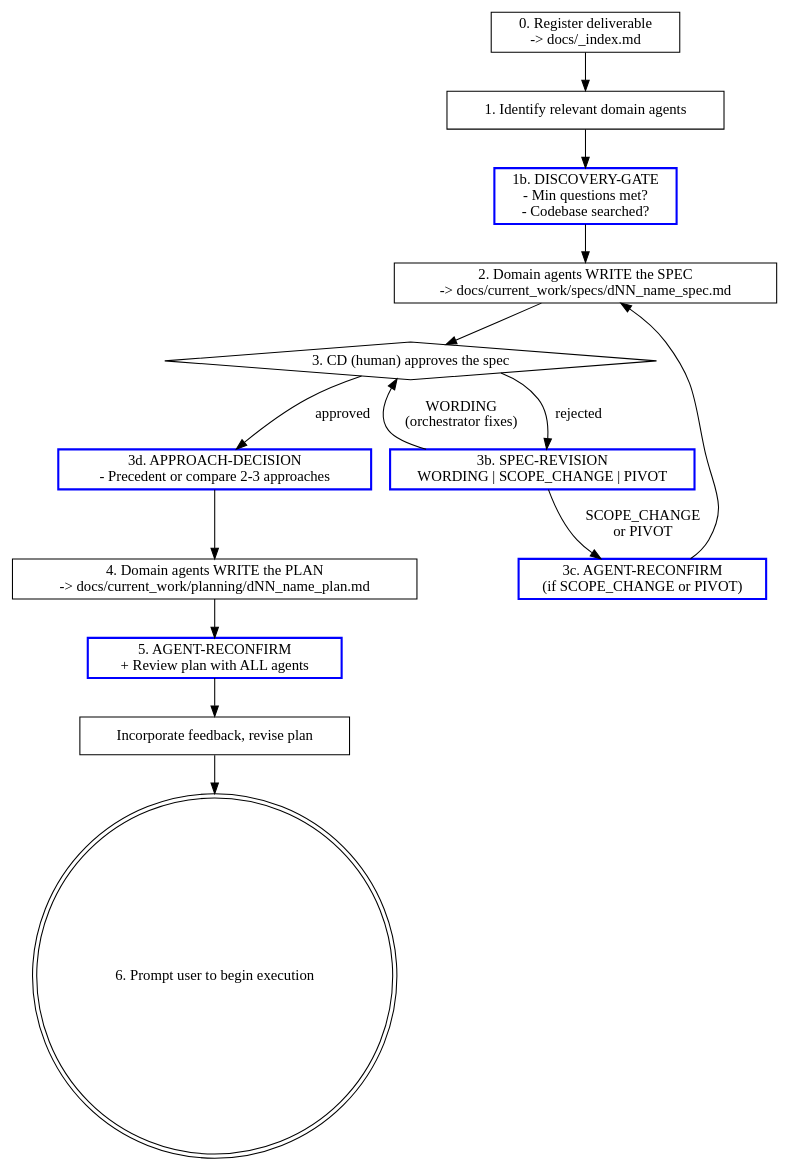
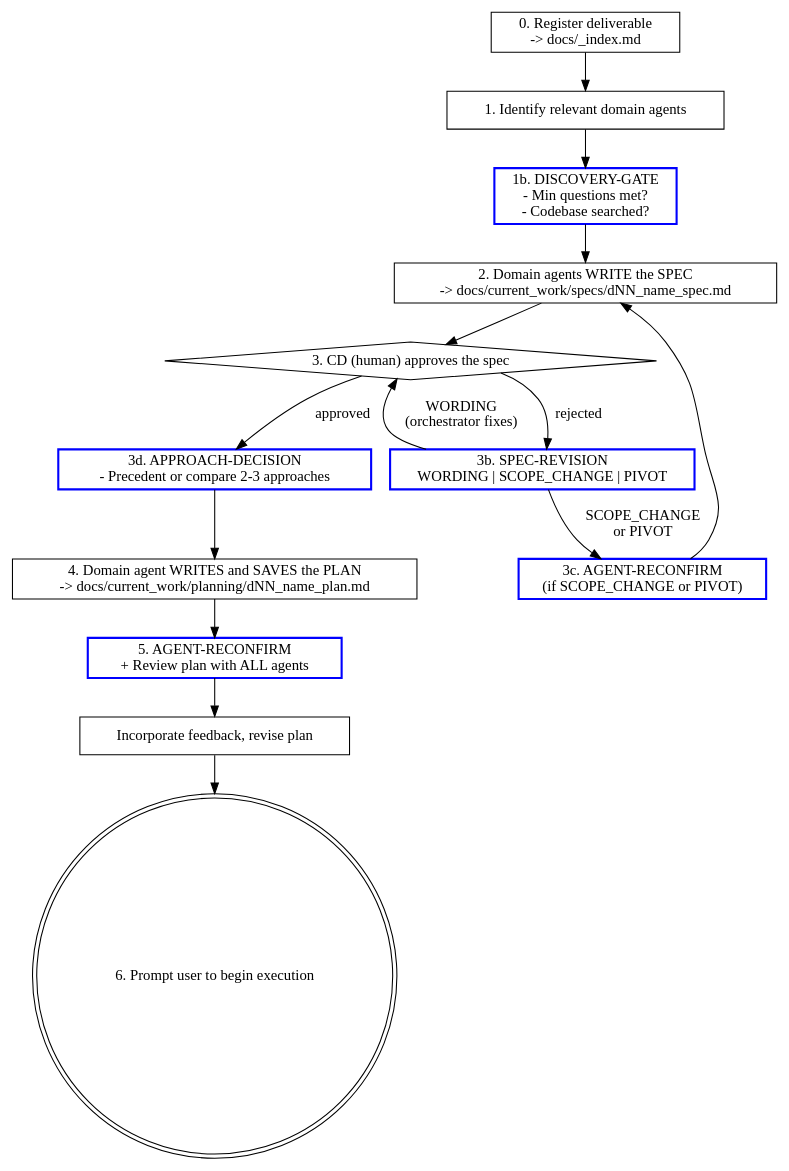
Before and after one commit to Inpacchi/cc-sdlc: the diagram in skills/sdlc-plan/SKILL.md, drawn with Graphviz. The commit also changed other lines of this file and 2 other files, not shown here.

First line of the commit message:
fix(skills): writing worker agents save plan files directly [manager-rule]

````diff
--- a/skills/sdlc-plan/SKILL.md
+++ b/skills/sdlc-plan/SKILL.md
@@ -107,32 +107,32 @@
 ```dot
 digraph planning {
     rankdir=TB;
 
     "0. Register deliverable\n-> docs/_index.md" [shape=box];
     "1. Identify relevant domain agents" [shape=box];
     "1b. DISCOVERY-GATE\n- Min questions met?\n- Codebase searched?" [shape=box, style=bold, color=blue];
     "2. Domain agents WRITE the SPEC\n-> docs/current_work/specs/dNN_name_spec.md" [shape=box];
     "3. CD (human) approves the spec" [shape=diamond];
     "3b. SPEC-REVISION\nWORDING | SCOPE_CHANGE | PIVOT" [shape=box, style=bold, color=blue];
     "3c. AGENT-RECONFIRM\n(if SCOPE_CHANGE or PIVOT)" [shape=box, style=bold, color=blue];
     "3d. APPROACH-DECISION\n- Precedent or compare 2-3 approaches" [shape=box, style=bold, color=blue];
-    "4. Domain agents WRITE the PLAN\n-> docs/current_work/planning/dNN_name_plan.md" [shape=box];
+    "4. Domain agent WRITES and SAVES the PLAN\n-> docs/current_work/planning/dNN_name_plan.md" [shape=box];
     "5. AGENT-RECONFIRM\n+ Review plan with ALL agents" [shape=box, style=bold, color=blue];
     "Incorporate feedback, revise plan" [shape=box];
     "6. Prompt user to begin execution" [shape=doublecircle];
 
     "0. Register deliverable\n-> docs/_index.md" -> "1. Identify relevant domain agents";
     "1. Identify relevant domain agents" -> "1b. DISCOVERY-GATE\n- Min questions met?\n- Codebase searched?";
     "1b. DISCOVERY-GATE\n- Min questions met?\n- Codebase searched?" -> "2. Domain agents WRITE the SPEC\n-> docs/current_work/specs/dNN_name_spec.md";
     "2. Domain agents WRITE the SPEC\n-> docs/current_work/specs/dNN_name_spec.md" -> "3. CD (human) approves the spec";
     "3. CD (human) approves the spec" -> "3b. SPEC-REVISION\nWORDING | SCOPE_CHANGE | PIVOT" [label="rejected"];
     "3b. SPEC-REVISION\nWORDING | SCOPE_CHANGE | PIVOT" -> "3c. AGENT-RECONFIRM\n(if SCOPE_CHANGE or PIVOT)" [label="SCOPE_CHANGE\nor PIVOT"];
     "3b. SPEC-REVISION\nWORDING | SCOPE_CHANGE | PIVOT" -> "3. CD (human) approves the spec" [label="WORDING\n(orchestrator fixes)"];
     "3c. AGENT-RECONFIRM\n(if SCOPE_CHANGE or PIVOT)" -> "2. Domain agents WRITE the SPEC\n-> docs/current_work/specs/dNN_name_spec.md";
     "3. CD (human) approves the spec" -> "3d. APPROACH-DECISION\n- Precedent or compare 2-3 approaches" [label="approved"];
-    "3d. APPROACH-DECISION\n- Precedent or compare 2-3 approaches" -> "4. Domain agents WRITE the PLAN\n-> docs/current_work/planning/dNN_name_plan.md";
-    "4. Domain agents WRITE the PLAN\n-> docs/current_work/planning/dNN_name_plan.md" -> "5. AGENT-RECONFIRM\n+ Review plan with ALL agents";
+    "3d. APPROACH-DECISION\n- Precedent or compare 2-3 approaches" -> "4. Domain agent WRITES and SAVES the PLAN\n-> docs/current_work/planning/dNN_name_plan.md";
+    "4. Domain agent WRITES and SAVES the PLAN\n-> docs/current_work/planning/dNN_name_plan.md" -> "5. AGENT-RECONFIRM\n+ Review plan with ALL agents";
     "5. AGENT-RECONFIRM\n+ Review plan with ALL agents" -> "Incorporate feedback, revise plan";
     "Incorporate feedback, revise plan" -> "6. Prompt user to begin execution";
 }
 ```
````
